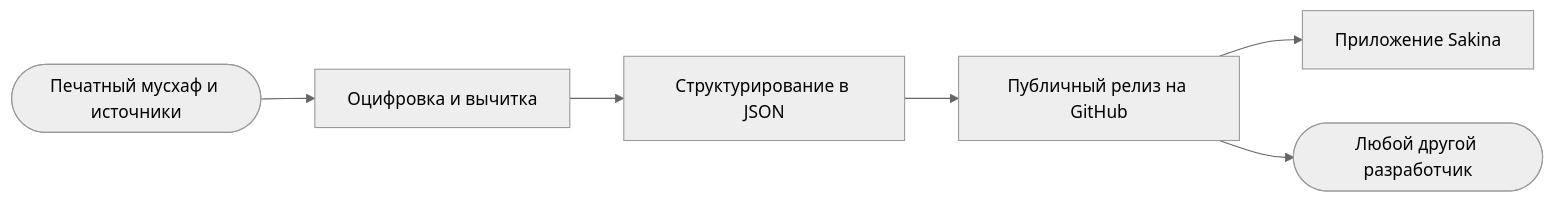
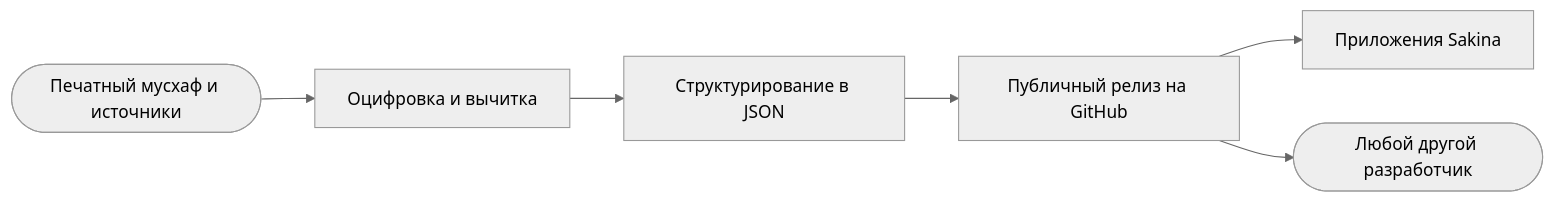
Before and after one commit to SakinaDevGroup/SakinaDevGroup: the diagram in README.ru.md, drawn with Mermaid (neutral theme). The commit also changed other lines of this file and 2 other files, not shown here.

First line of the commit message:
Add Sakina Quran to the apps section

````diff
--- a/README.ru.md
+++ b/README.ru.md
@@ -95,8 +118,8 @@
 ```mermaid
 flowchart LR
     A([Печатный мусхаф и источники]) --> B[Оцифровка и вычитка]
     B --> C[Структурирование в JSON]
     C --> D[Публичный релиз на GitHub]
-    D --> E[Приложение Sakina]
+    D --> E[Приложения Sakina]
     D --> F([Любой другой разработчик])
 ```
````
